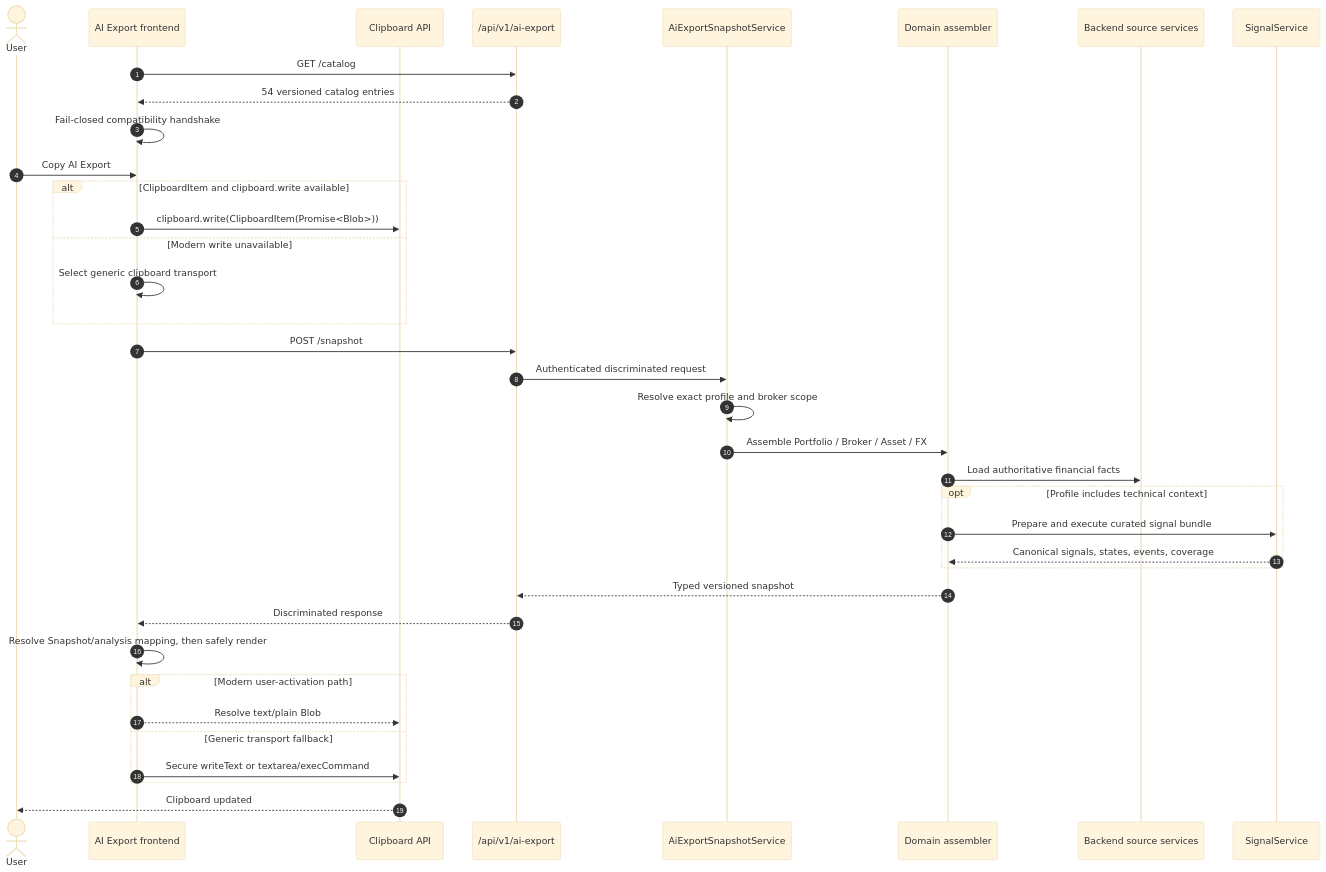
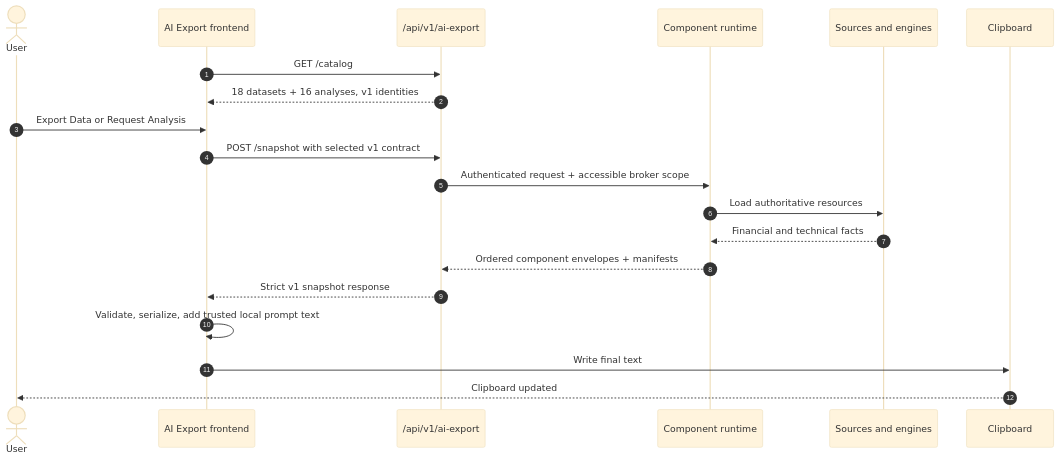
Before and after one commit to Librefolio/LibreFolio: the second of 2 diagrams in mkdocs_src/docs/developer/architecture/patterns/ai_export_snapshot.md, drawn with Mermaid (base theme). The commit also changed other lines of this file and 64 other files, not shown here.

First line of the commit message:
feat(platform): refine AI export signal density Migrate the beta v1 contract in place without compatibility branches.

````diff
--- a/mkdocs_src/docs/developer/architecture/patterns/ai_export_snapshot.md
+++ b/mkdocs_src/docs/developer/architecture/patterns/ai_export_snapshot.md
@@ -14,40 +44,23 @@
 ```mermaid
 sequenceDiagram
     autonumber
     actor U as User
     participant F as AI Export frontend
-    participant C as Clipboard API
     participant A as /api/v1/ai-export
-    participant S as AiExportSnapshotService
-    participant D as Domain assembler
-    participant B as Backend source services
-    participant G as SignalService
+    participant R as Component runtime
+    participant S as Sources and engines
+    participant C as Clipboard
 
     F->>A: GET /catalog
-    A-->>F: 54 versioned catalog entries
-    F->>F: Fail-closed compatibility handshake
-    U->>F: Copy AI Export
-    alt ClipboardItem and clipboard.write available
-        F->>C: clipboard.write(ClipboardItem(Promise<Blob>))
-    else Modern write unavailable
-        F->>F: Select generic clipboard transport
-    end
-    F->>A: POST /snapshot
-    A->>S: Authenticated discriminated request
-    S->>S: Resolve exact profile and broker scope
-    S->>D: Assemble Portfolio / Broker / Asset / FX
-    D->>B: Load authoritative financial facts
-    opt Profile includes technical context
-        D->>G: Prepare and execute curated signal bundle
-        G-->>D: Canonical signals, states, events, coverage
-    end
-    D-->>A: Typed versioned snapshot
-    A-->>F: Discriminated response
-    F->>F: Resolve Snapshot/analysis mapping, then safely render
-    alt Modern user-activation path
-        F-->>C: Resolve text/plain Blob
-    else Generic transport fallback
-        F->>C: Secure writeText or textarea/execCommand
-    end
+    A-->>F: 18 datasets + 16 analyses, v1 identities
+    U->>F: Export Data or Request Analysis
+    F->>A: POST /snapshot with selected v1 contract
+    A->>R: Authenticated request + accessible broker scope
+    R->>S: Load authoritative resources
+    S-->>R: Financial and technical facts
+    R-->>A: Ordered component envelopes + manifests
+    A-->>F: Strict v1 snapshot response
+    F->>F: Validate, serialize, add trusted local prompt text
+    F->>C: Write final text
     C-->>U: Clipboard updated
 ```
````
